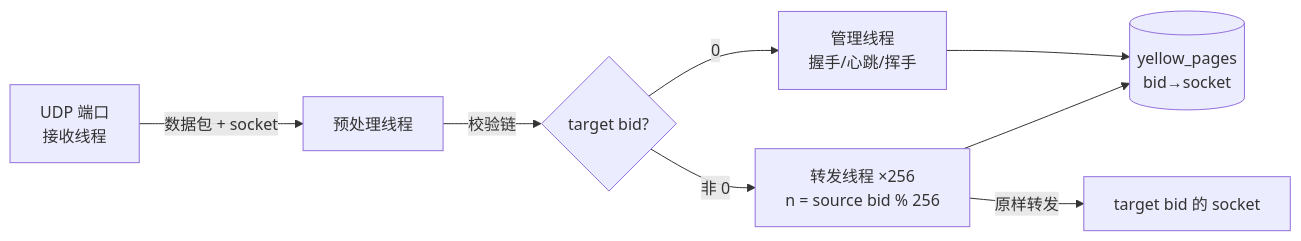
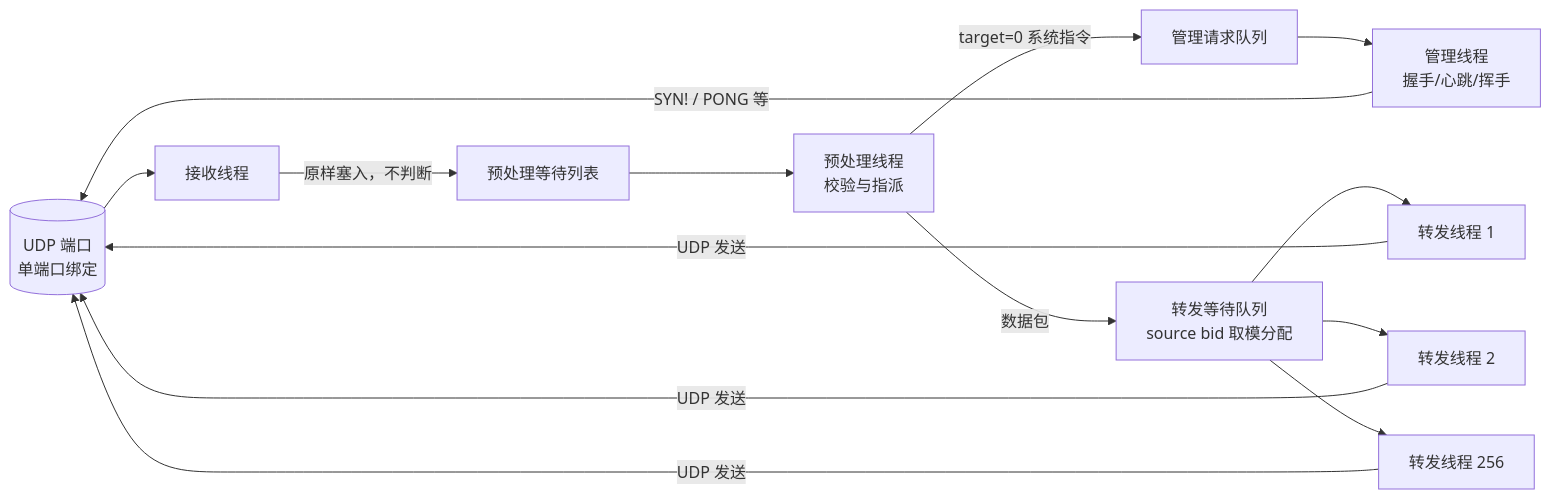
Before and after one commit to moky/magpie-bridge: the second of 5 diagrams in docs/design-architecture.zh-CN.md, drawn with Mermaid. The commit also changed other lines of this file and 5 other files, not shown here.

Commit message:
docs: regenerate from ai/ tasks with mermaid diagrams

````diff
--- a/docs/design-architecture.zh-CN.md
+++ b/docs/design-architecture.zh-CN.md
@@ -34,10 +32,16 @@
 ```mermaid
 flowchart LR
-    UDP[UDP 端口<br/>接收线程] -->|数据包 + socket| PRE[预处理线程]
-    PRE -->|校验链| CHK{target bid?}
-    CHK -- 0 --> MGR[管理线程<br/>握手/心跳/挥手]
-    CHK -- 非 0 --> FWD[转发线程 ×256<br/>n = source bid % 256]
-    MGR --> YP[(yellow_pages<br/>bid→socket)]
-    FWD --> YP
-    FWD -->|原样转发| TGT[target bid 的 socket]
+    UDP[(UDP 端口<br/>单端口绑定)] --> R[接收线程]
+    R -->|"原样塞入，不判断"| Q1[预处理等待列表]
+    Q1 --> PP[预处理线程<br/>校验与指派]
+    PP -->|"target=0 系统指令"| MQ[管理请求队列]
+    PP -->|"数据包"| Q2[转发等待队列<br/>source bid 取模分配]
+    MQ --> MT[管理线程<br/>握手/心跳/挥手]
+    Q2 --> FT1[转发线程 1]
+    Q2 --> FT2[转发线程 2]
+    Q2 --> FTN[转发线程 256]
+    MT -->|"SYN! / PONG 等"| UDP
+    FT1 -->|"UDP 发送"| UDP
+    FT2 -->|"UDP 发送"| UDP
+    FTN -->|"UDP 发送"| UDP
 ```
````
